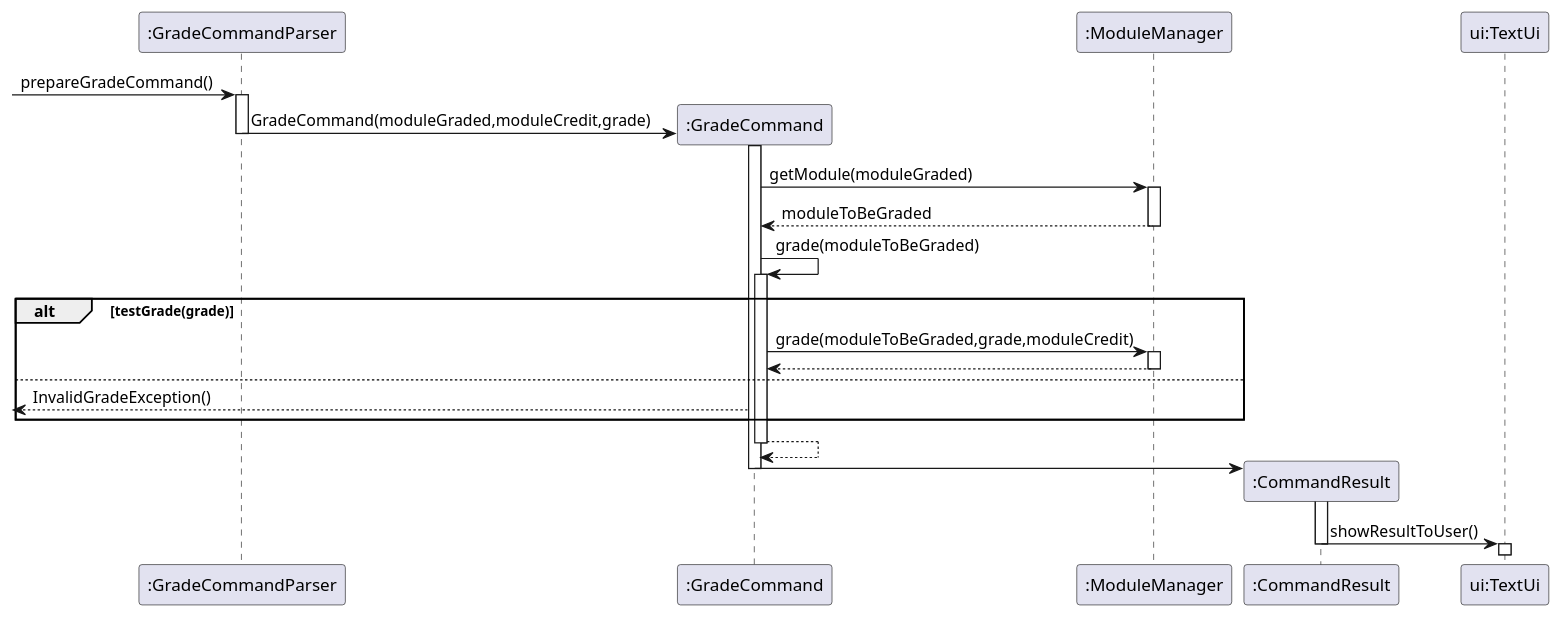
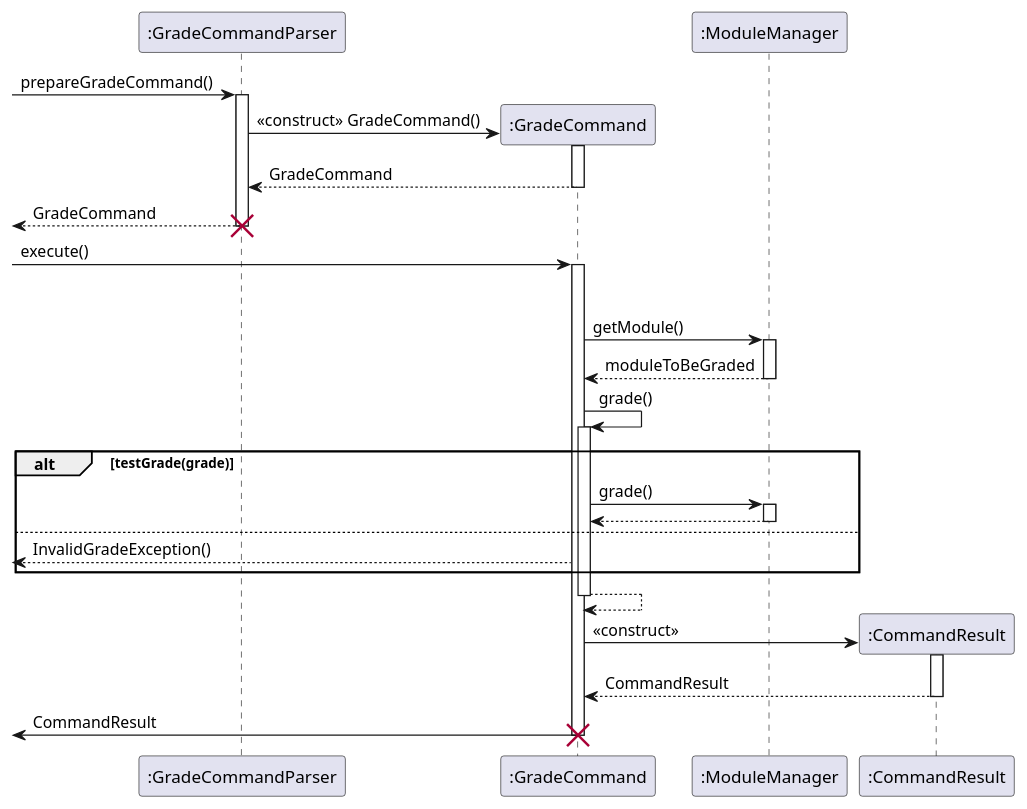
The diagram in docs/diagrams/UML/GradeCommandSequenceDiagram.puml (wangqinNick/tp), drawn with PlantUML before and after one commit. The commit also changed 4 other files, not shown here.

Commit message:
Updated seq diagrams and DG

```diff
--- a/docs/diagrams/UML/GradeCommandSequenceDiagram.puml
+++ b/docs/diagrams/UML/GradeCommandSequenceDiagram.puml
@@ -1,32 +1,39 @@
 @startuml
 -> ":GradeCommandParser": prepareGradeCommand()
 activate ":GradeCommandParser"
 create ":GradeCommand"
-":GradeCommandParser" -> ":GradeCommand": GradeCommand(moduleGraded,moduleCredit,grade)
+":GradeCommandParser" -> ":GradeCommand": <<construct>> GradeCommand()
+activate ":GradeCommand"
+":GradeCommandParser" <-- ":GradeCommand" : GradeCommand
+deactivate ":GradeCommand"
+<-- ":GradeCommandParser" : GradeCommand
 deactivate ":GradeCommandParser"
+destroy ":GradeCommandParser"
+-> ":GradeCommand" : execute()
 activate ":GradeCommand"
-":GradeCommand" -> ":ModuleManager" : getModule(moduleGraded)
+deactivate ":GradeCommandParser"
+":GradeCommand" -> ":ModuleManager" : getModule()
 activate ":ModuleManager"
 ":GradeCommand" <-- ":ModuleManager" :moduleToBeGraded
 deactivate ":ModuleManager"
-":GradeCommand" -> ":GradeCommand" : grade(moduleToBeGraded)
+":GradeCommand" -> ":GradeCommand" : grade()
 alt testGrade(grade)
     activate ":GradeCommand"
-    ":GradeCommand" -> ":ModuleManager" :grade(moduleToBeGraded,grade,moduleCredit)
+    ":GradeCommand" -> ":ModuleManager" :grade()
     activate ":ModuleManager"
     ":GradeCommand" <-- ":ModuleManager"
     deactivate ":ModuleManager"
 else
     <-- ":GradeCommand" : InvalidGradeException()
 end
 ":GradeCommand" --> ":GradeCommand"
 deactivate ":GradeCommand"
 create ":CommandResult"
-":GradeCommand" -> ":CommandResult"
+":GradeCommand" -> ":CommandResult" : <<construct>>
+activate ":CommandResult"
+":GradeCommand" <-- ":CommandResult" : CommandResult
+deactivate ":CommandResult"
+<- ":GradeCommand" : CommandResult
 deactivate ":GradeCommand"
-activate ":CommandResult"
-":CommandResult" -> "ui:TextUi" :showResultToUser()
-deactivate ":CommandResult"
-activate "ui:TextUi"
-deactivate "ui:TextUi"
+destroy ":GradeCommand"
 @enduml
```
